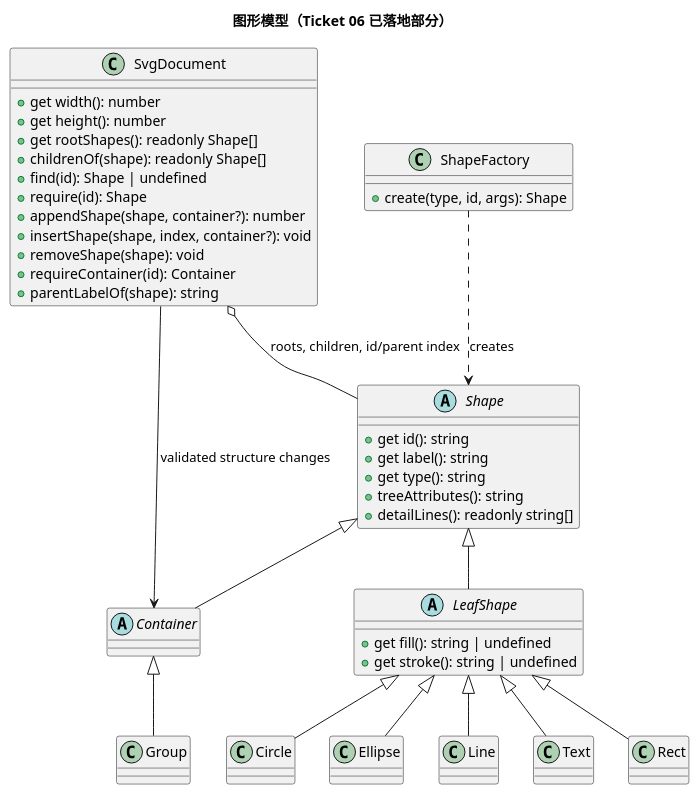
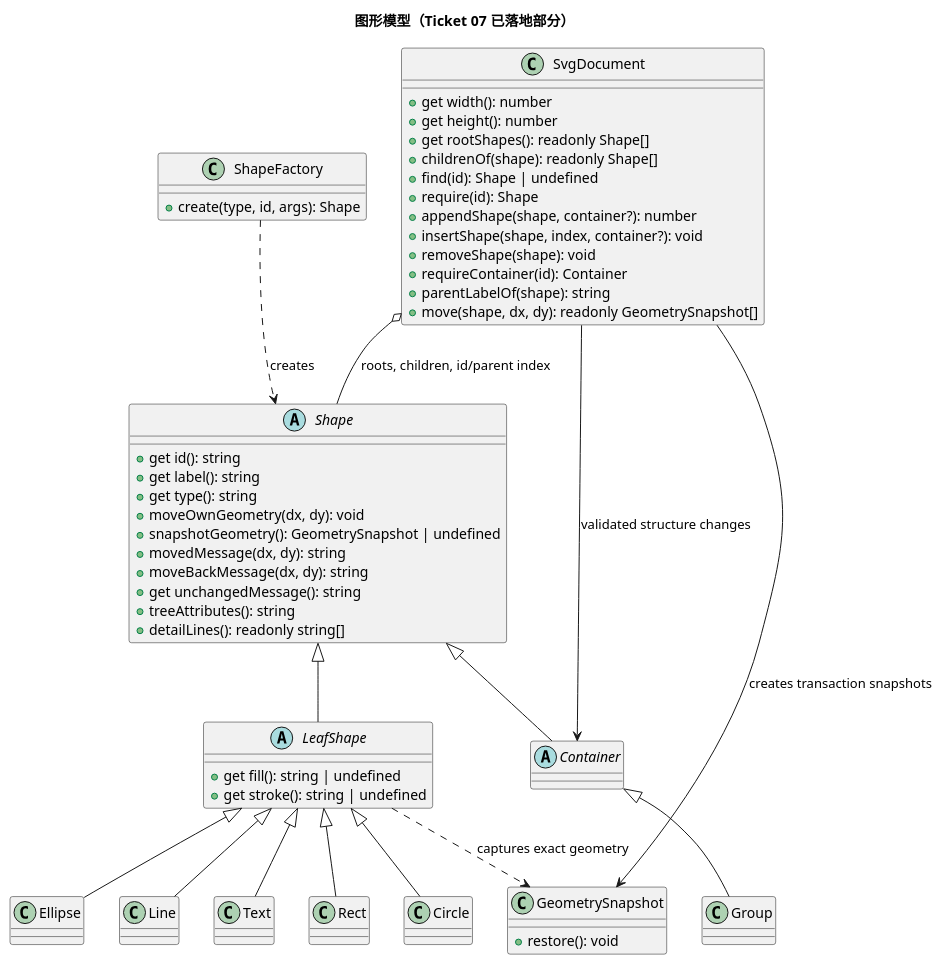
Before and after one commit to NQC233/svg-editor-lab1: the first of 2 diagrams in doc/class-model.puml, drawn with PlantUML. The commit also changed other lines of this file and 7 other files, not shown here.

Commit message:
docs: record ticket 07 move behavior

```diff
--- a/doc/class-model.puml
+++ b/doc/class-model.puml
@@ -1,55 +1,66 @@
 @startuml
-title 图形模型（Ticket 06 已落地部分）
+title 图形模型（Ticket 07 已落地部分）
 
 abstract class Shape {
   +get id(): string
   +get label(): string
   +get type(): string
+  +moveOwnGeometry(dx, dy): void
+  +snapshotGeometry(): GeometrySnapshot | undefined
+  +movedMessage(dx, dy): string
+  +moveBackMessage(dx, dy): string
+  +get unchangedMessage(): string
   +treeAttributes(): string
   +detailLines(): readonly string[]
 }
 
 abstract class LeafShape {
   +get fill(): string | undefined
   +get stroke(): string | undefined
 }
 
 abstract class Container
 
 class Group
 class Rect
 class Circle
 class Ellipse
 class Line
 class Text
+class GeometrySnapshot {
+  +restore(): void
+}
 
 class SvgDocument {
   +get width(): number
   +get height(): number
   +get rootShapes(): readonly Shape[]
   +childrenOf(shape): readonly Shape[]
   +find(id): Shape | undefined
   +require(id): Shape
   +appendShape(shape, container?): number
   +insertShape(shape, index, container?): void
   +removeShape(shape): void
   +requireContainer(id): Container
   +parentLabelOf(shape): string
+  +move(shape, dx, dy): readonly GeometrySnapshot[]
 }
 
 class ShapeFactory {
   +create(type, id, args): Shape
 }
 
 Shape <|-- LeafShape
 Shape <|-- Container
 Container <|-- Group
 LeafShape <|-- Rect
 LeafShape <|-- Circle
 LeafShape <|-- Ellipse
 LeafShape <|-- Line
 LeafShape <|-- Text
 SvgDocument o-- Shape : roots, children, id/parent index
 SvgDocument --> Container : validated structure changes
+SvgDocument --> GeometrySnapshot : creates transaction snapshots
+LeafShape ..> GeometrySnapshot : captures exact geometry
 ShapeFactory ..> Shape : creates
 @enduml
```
